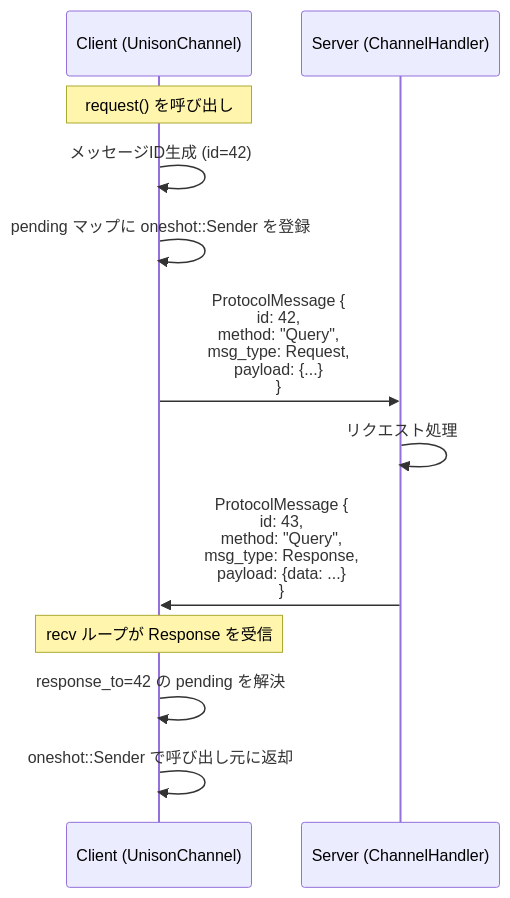
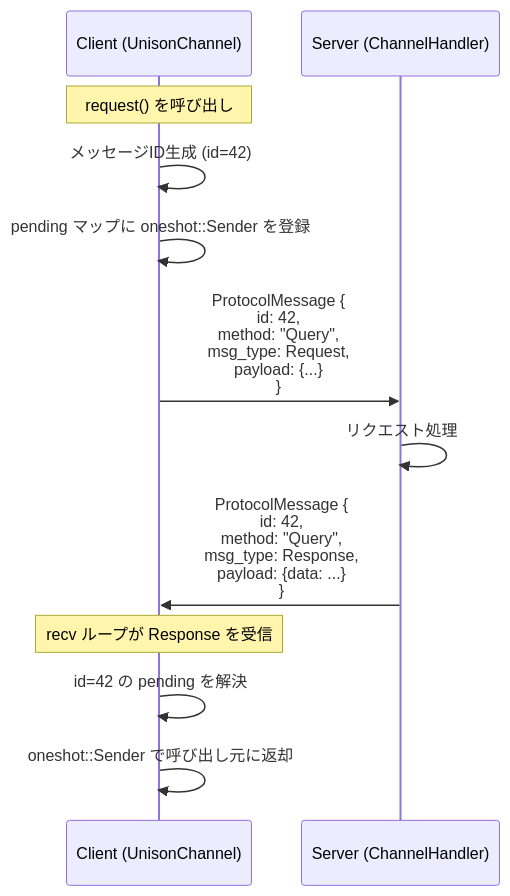
The fourth of 6 diagrams in spec/02-unified-channel/SPEC.md (chronista-club/club-unison), drawn with Mermaid before and after one commit. The commit also changed other lines of this file and 118 other files, not shown here.

````diff
--- a/spec/02-unified-channel/SPEC.md
+++ b/spec/02-unified-channel/SPEC.md
@@ -306,18 +374,18 @@
 ```mermaid
 sequenceDiagram
     participant C as Client (UnisonChannel)
     participant S as Server (ChannelHandler)
 
     Note over C: request() を呼び出し
     C->>C: メッセージID生成 (id=42)
     C->>C: pending マップに oneshot::Sender を登録
     C->>S: ProtocolMessage {<br/>  id: 42,<br/>  method: "Query",<br/>  msg_type: Request,<br/>  payload: {...}<br/>}
 
     S->>S: リクエスト処理
 
-    S->>C: ProtocolMessage {<br/>  id: 43,<br/>  method: "Query",<br/>  msg_type: Response,<br/>  payload: {data: ...}<br/>}
+    S->>C: ProtocolMessage {<br/>  id: 42,<br/>  method: "Query",<br/>  msg_type: Response,<br/>  payload: {data: ...}<br/>}
 
     Note over C: recv ループが Response を受信
-    C->>C: response_to=42 の pending を解決
+    C->>C: id=42 の pending を解決
     C->>C: oneshot::Sender で呼び出し元に返却
 ```
````
